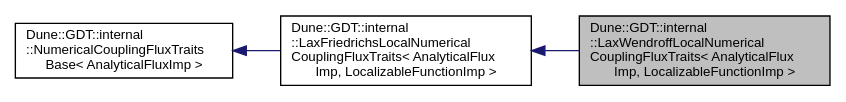
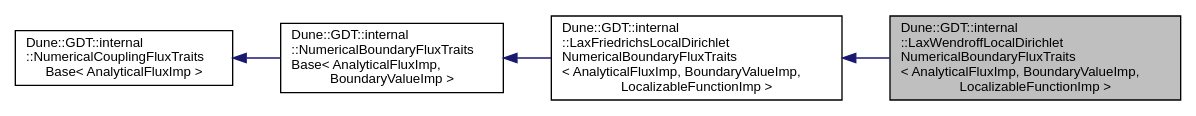
Before and after one commit to dune-community/dune-community.github.io: the diagram in docs/dune-gdt/master/a01292.dot, drawn with Graphviz. The commit also changed 2446 other files, not shown here.

Commit message:
Updated documentation for dune-gdt master

```diff
--- a/docs/dune-gdt/master/a01292.dot
+++ b/docs/dune-gdt/master/a01292.dot
@@ -1,11 +1,13 @@
-digraph "Dune::GDT::internal::LaxWendroffLocalNumericalCouplingFluxTraits&lt; AnalyticalFluxImp, LocalizableFunctionImp &gt;"
+digraph "Dune::GDT::internal::LaxWendroffLocalDirichletNumericalBoundaryFluxTraits&lt; AnalyticalFluxImp, BoundaryValueImp, LocalizableFunctionImp &gt;"
 {
   edge [fontname="Helvetica",fontsize="10",labelfontname="Helvetica",labelfontsize="10"];
   node [fontname="Helvetica",fontsize="10",shape=record];
   rankdir="LR";
-  Node0 [label="Dune::GDT::internal\l::LaxWendroffLocalNumerical\lCouplingFluxTraits\< AnalyticalFlux\lImp, LocalizableFunctionImp \>",height=0.2,width=0.4,color="black", fillcolor="grey75", style="filled", fontcolor="black"];
+  Node0 [label="Dune::GDT::internal\l::LaxWendroffLocalDirichlet\lNumericalBoundaryFluxTraits\l\< AnalyticalFluxImp, BoundaryValueImp,\l LocalizableFunctionImp \>",height=0.2,width=0.4,color="black", fillcolor="grey75", style="filled", fontcolor="black"];
   Node1 -> Node0 [dir="back",color="midnightblue",fontsize="10",style="solid",fontname="Helvetica"];
-  Node1 [label="Dune::GDT::internal\l::LaxFriedrichsLocalNumerical\lCouplingFluxTraits\< AnalyticalFlux\lImp, LocalizableFunctionImp \>",height=0.2,width=0.4,color="black", fillcolor="white", style="filled",URL="$a01265.html"];
+  Node1 [label="Dune::GDT::internal\l::LaxFriedrichsLocalDirichlet\lNumericalBoundaryFluxTraits\l\< AnalyticalFluxImp, BoundaryValueImp,\l LocalizableFunctionImp \>",height=0.2,width=0.4,color="black", fillcolor="white", style="filled",URL="$a01265.html"];
   Node2 -> Node1 [dir="back",color="midnightblue",fontsize="10",style="solid",fontname="Helvetica"];
-  Node2 [label="Dune::GDT::internal\l::NumericalCouplingFluxTraits\lBase\< AnalyticalFluxImp \>",height=0.2,width=0.4,color="black", fillcolor="white", style="filled",URL="$a01113.html"];
+  Node2 [label="Dune::GDT::internal\l::NumericalBoundaryFluxTraits\lBase\< AnalyticalFluxImp,\l BoundaryValueImp \>",height=0.2,width=0.4,color="black", fillcolor="white", style="filled",URL="$a01117.html"];
+  Node3 -> Node2 [dir="back",color="midnightblue",fontsize="10",style="solid",fontname="Helvetica"];
+  Node3 [label="Dune::GDT::internal\l::NumericalCouplingFluxTraits\lBase\< AnalyticalFluxImp \>",height=0.2,width=0.4,color="black", fillcolor="white", style="filled",URL="$a01113.html"];
 }
```
